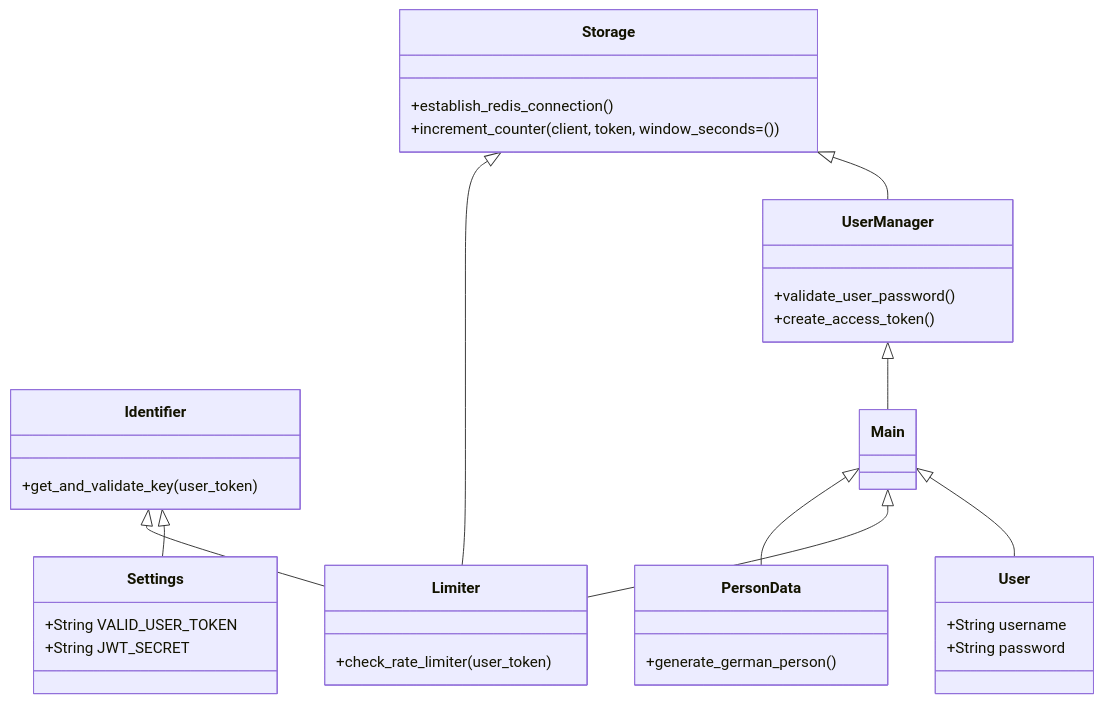
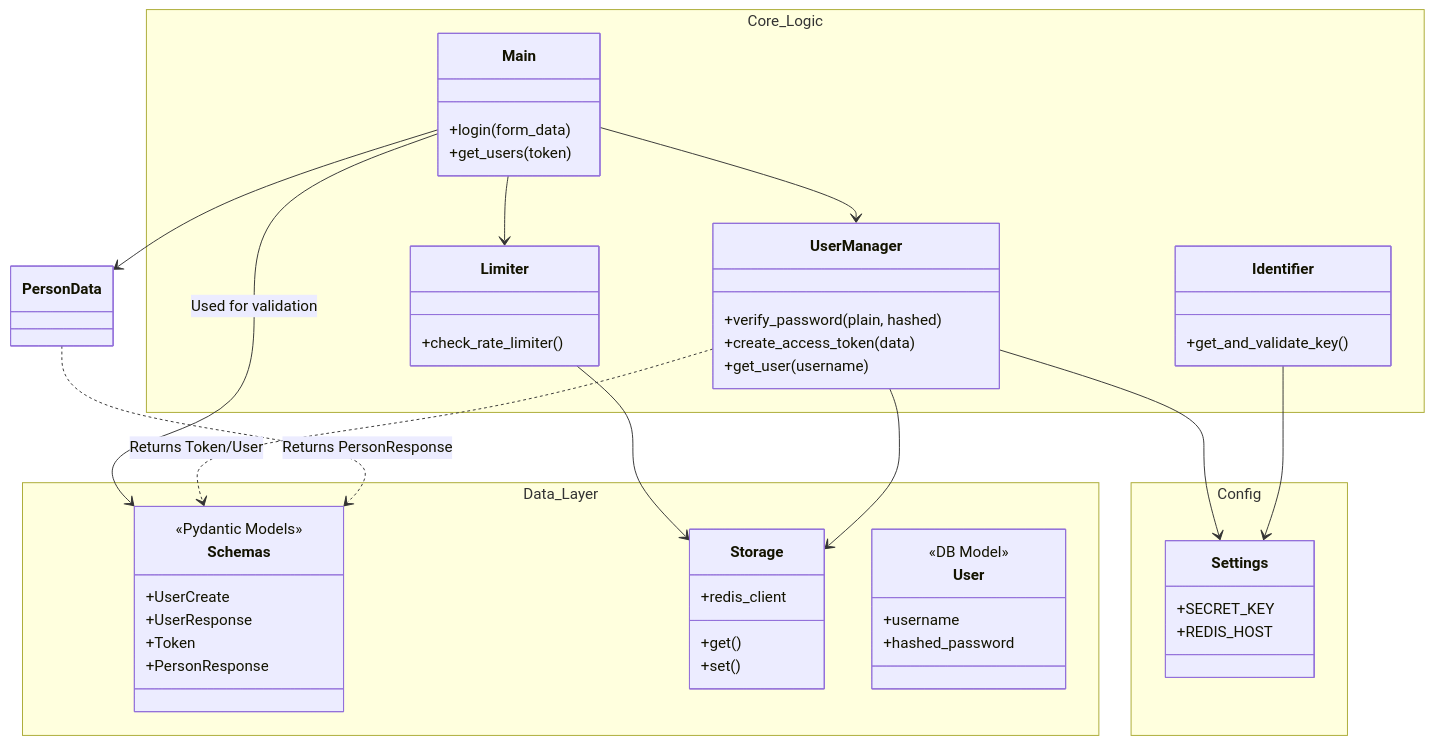
One commit to JonathanWindell/API-Shell changed the diagram in diagrams/class_diagram_.md. Above: the diagram before and after it, drawn with Mermaid. The commit also changed 1 other file, not shown here.

Commit message:
Safety Commit

````diff
--- a/diagrams/class_diagram_.md
+++ b/diagrams/class_diagram_.md
@@ -1,41 +1,63 @@
 ```mermaid
     classDiagram
-        Storage <|-- Limiter
-        Identifier <|-- Limiter
-        Identifier <|-- Settings
-        Main <|-- PersonData
-        Main <|-- Limiter
-        Main <|-- User
-        UserManager <|-- Main
-        Storage <|-- UserManager
+    %% Relationer
+    Main --> Schemas : Used for validation
+    Main --> UserManager
+    Main --> Limiter
+    Main --> PersonData
+    
+    Limiter --> Storage
+    UserManager --> Storage
+    UserManager --> Settings
+    Identifier --> Settings
+    
+    %% Beroenden för data
+    UserManager ..> Schemas : Returns Token/User
+    PersonData ..> Schemas : Returns PersonResponse
 
+    namespace Core_Logic {
+        class Main{
+            +login(form_data)
+            +get_users(token)
+        }
+        class UserManager{
+            +verify_password(plain, hashed)
+            +create_access_token(data)
+            +get_user(username)
+        }
         class Limiter{
-            +check_rate_limiter(user_token)
+            +check_rate_limiter()
         }
         class Identifier{
-            +get_and_validate_key(user_token)
+            +get_and_validate_key()
         }
-        class Settings{
-            +String VALID_USER_TOKEN
-            +String JWT_SECRET
+    }
+
+    namespace Data_Layer {
+        class Schemas{
+            <<Pydantic Models>>
+            +UserCreate
+            +UserResponse
+            +Token
+            +PersonResponse
+        }
+        class User{
+            <<DB Model>>
+            +username
+            +hashed_password
         }
         class Storage{
-            +establish_redis_connection()
-            +increment_counter(client, token, window_seconds=())
+            +redis_client
+            +get()
+            +set()
         }
-        class PersonData{
-            +generate_german_person()
+    }
+
+    namespace Config {
+        class Settings{
+            +SECRET_KEY
+            +REDIS_HOST
         }
-        class Main{
-            
-        }
-        class User{
-            +String username
-            +String password
-        }
-        class UserManager{
-            +validate_user_password()
-            +create_access_token()
-        }
+    }
 
 ```
````
